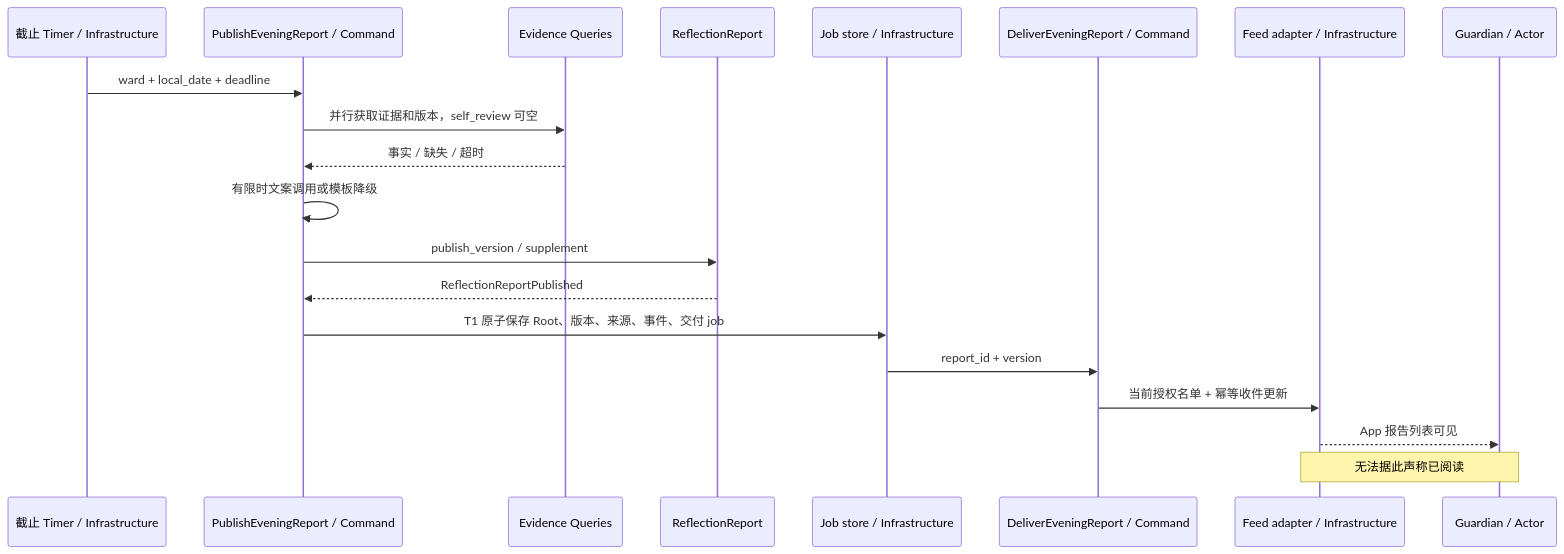
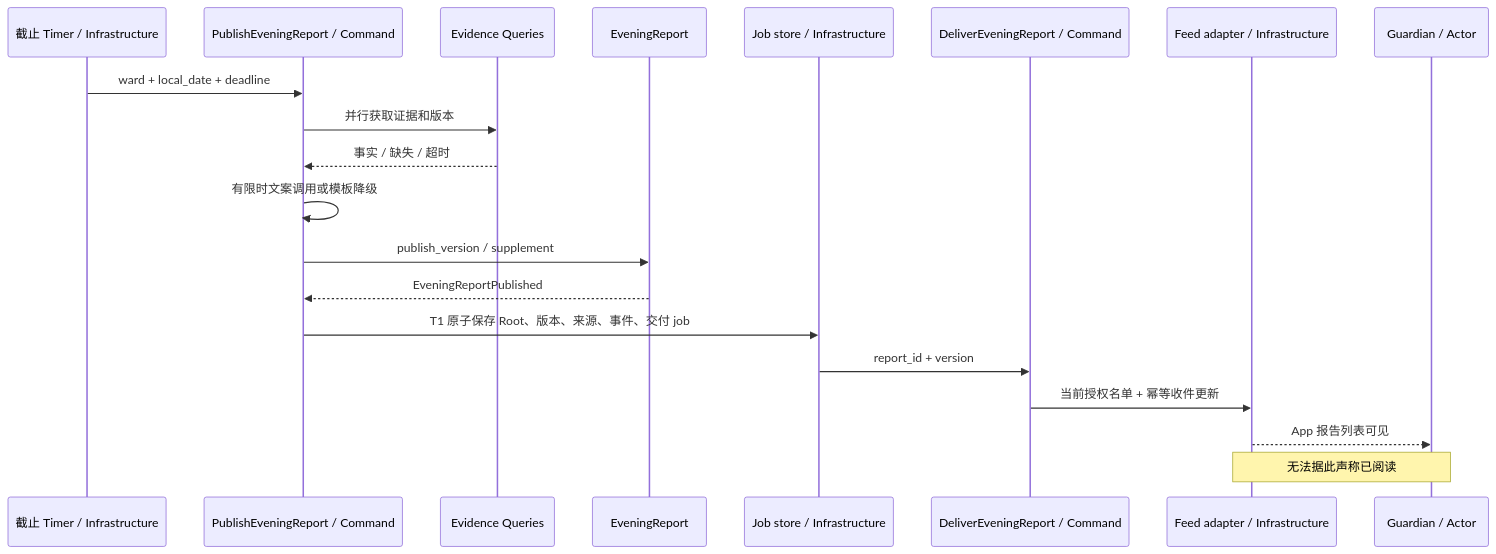
One commit to johanchow/duxue changed the third of 3 diagrams in docs/technical/domain-evaluation.md. Above: the diagram before and after it, drawn with Mermaid. The commit also changed other lines of this file and 12 other files, not shown here.

````diff
--- a/docs/technical/domain-evaluation.md
+++ b/docs/technical/domain-evaluation.md
@@ -358,22 +135,22 @@
 ```mermaid
 sequenceDiagram
     participant T as 截止 Timer / Infrastructure
     participant C as PublishEveningReport / Command
     participant Q as Evidence Queries
-    participant R as ReflectionReport
+    participant R as EveningReport
     participant J as Job store / Infrastructure
     participant D as DeliverEveningReport / Command
     participant F as Feed adapter / Infrastructure
     participant G as Guardian / Actor
     T->>C: ward + local_date + deadline
-    C->>Q: 并行获取证据和版本，self_review 可空
+    C->>Q: 并行获取证据和版本
     Q-->>C: 事实 / 缺失 / 超时
     C->>C: 有限时文案调用或模板降级
     C->>R: publish_version / supplement
-    R-->>C: ReflectionReportPublished
+    R-->>C: EveningReportPublished
     C->>J: T1 原子保存 Root、版本、来源、事件、交付 job
     J->>D: report_id + version
     D->>F: 当前授权名单 + 幂等收件更新
     F-->>G: App 报告列表可见
     Note over G,F: 无法据此声称已阅读
 ```
````
